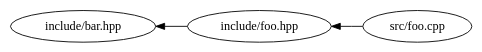
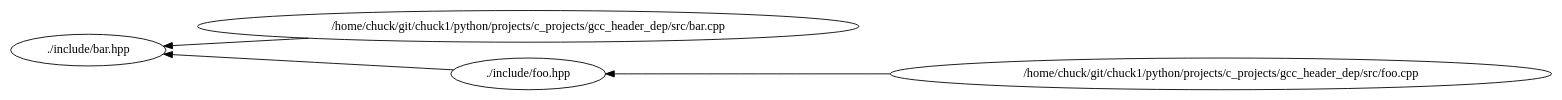
Before and after one commit to chuck1/site_kitchen: the diagram in projects/c_projects/gcc_header_dep/header_dep.dot, drawn with Graphviz. The commit also changed 11 other files, not shown here.

```diff
--- a/projects/c_projects/gcc_header_dep/header_dep.dot
+++ b/projects/c_projects/gcc_header_dep/header_dep.dot
@@ -1,8 +1,10 @@
 digraph {
 	rankdir=RL
-	homechuckgitchuck1pythonprojectsc_projectsgcc_header_depsrcfoocpp [label="src/foo.cpp"]
-	includefoohpp [label="include/foo.hpp"]
-	includebarhpp [label="include/bar.hpp"]
+	homechuckgitchuck1pythonprojectsc_projectsgcc_header_depsrcbarcpp [label="/home/chuck/git/chuck1/python/projects/c_projects/gcc_header_dep/src/bar.cpp"]
+	includebarhpp [label="./include/bar.hpp"]
+	homechuckgitchuck1pythonprojectsc_projectsgcc_header_depsrcfoocpp [label="/home/chuck/git/chuck1/python/projects/c_projects/gcc_header_dep/src/foo.cpp"]
+	includefoohpp [label="./include/foo.hpp"]
+	homechuckgitchuck1pythonprojectsc_projectsgcc_header_depsrcbarcpp -> includebarhpp
 	homechuckgitchuck1pythonprojectsc_projectsgcc_header_depsrcfoocpp -> includefoohpp
 	includefoohpp -> includebarhpp
 }
```
